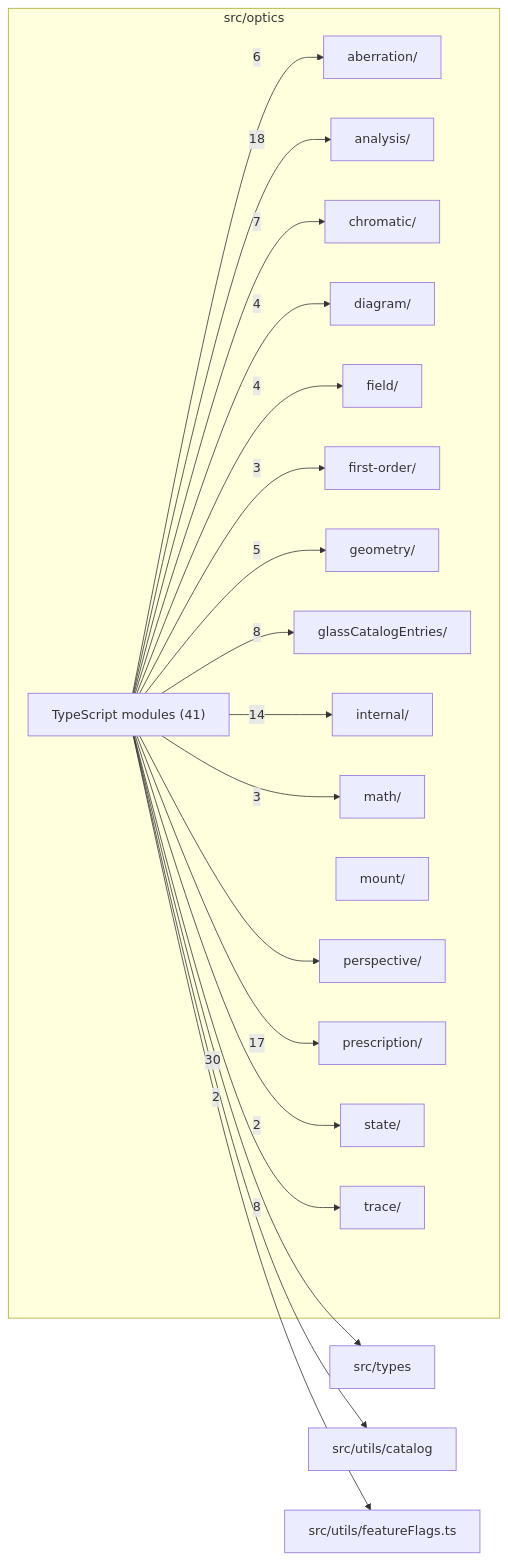
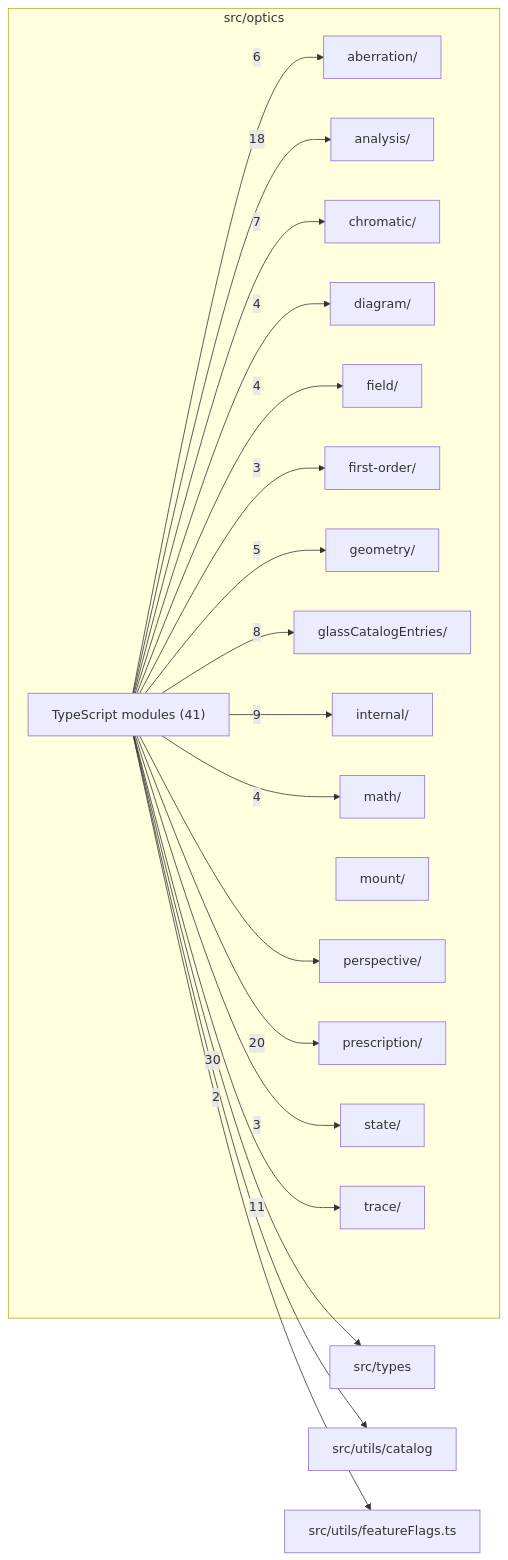
Before and after one commit to BeamFour/LensVisualizer: the diagram in src/optics/readme.md, drawn with Mermaid. The commit also changed other lines of this file and 12 other files, not shown here.

````diff
--- a/src/optics/readme.md
+++ b/src/optics/readme.md
@@ -9,41 +9,41 @@
 ```mermaid
 flowchart LR
   subgraph n_src_optics["src/optics"]
     n_src_optics_src_optics_aberration["aberration/"]
     n_src_optics_src_optics_analysis["analysis/"]
     n_src_optics_src_optics_chromatic["chromatic/"]
     n_src_optics_src_optics_diagram["diagram/"]
     n_src_optics_src_optics_field["field/"]
     n_src_optics_src_optics_first_order["first-order/"]
     n_src_optics_src_optics_geometry["geometry/"]
     n_src_optics_src_optics_glassCatalogEntries["glassCatalogEntries/"]
     n_src_optics_src_optics_internal["internal/"]
     n_src_optics_src_optics_math["math/"]
     n_src_optics_src_optics_mount["mount/"]
     n_src_optics_src_optics_perspective["perspective/"]
     n_src_optics_src_optics_prescription["prescription/"]
     n_src_optics_src_optics_state["state/"]
     n_src_optics_src_optics_trace["trace/"]
     n_src_optics_TypeScript_modules["TypeScript modules (41)"]
   end
   n_external_src_types["src/types"]
   n_external_src_utils_catalog["src/utils/catalog"]
   n_external_src_utils_featureFlags_ts["src/utils/featureFlags.ts"]
   n_src_optics_TypeScript_modules --> |30| n_external_src_types
+  n_src_optics_TypeScript_modules --> |20| n_src_optics_src_optics_prescription
   n_src_optics_TypeScript_modules --> |18| n_src_optics_src_optics_analysis
-  n_src_optics_TypeScript_modules --> |17| n_src_optics_src_optics_prescription
-  n_src_optics_TypeScript_modules --> |14| n_src_optics_src_optics_internal
+  n_src_optics_TypeScript_modules --> |11| n_src_optics_src_optics_trace
+  n_src_optics_TypeScript_modules --> |9| n_src_optics_src_optics_internal
   n_src_optics_TypeScript_modules --> |8| n_src_optics_src_optics_glassCatalogEntries
-  n_src_optics_TypeScript_modules --> |8| n_src_optics_src_optics_trace
   n_src_optics_TypeScript_modules --> |7| n_src_optics_src_optics_chromatic
   n_src_optics_TypeScript_modules --> |6| n_src_optics_src_optics_aberration
   n_src_optics_TypeScript_modules --> |5| n_src_optics_src_optics_geometry
   n_src_optics_TypeScript_modules --> |4| n_src_optics_src_optics_diagram
   n_src_optics_TypeScript_modules --> |4| n_src_optics_src_optics_field
+  n_src_optics_TypeScript_modules --> |4| n_src_optics_src_optics_math
   n_src_optics_TypeScript_modules --> |3| n_src_optics_src_optics_first_order
-  n_src_optics_TypeScript_modules --> |3| n_src_optics_src_optics_math
+  n_src_optics_TypeScript_modules --> |3| n_src_optics_src_optics_state
   n_src_optics_TypeScript_modules --> |2| n_external_src_utils_catalog
-  n_src_optics_TypeScript_modules --> |2| n_src_optics_src_optics_state
   n_src_optics_TypeScript_modules --> n_external_src_utils_featureFlags_ts
   n_src_optics_TypeScript_modules --> n_src_optics_src_optics_perspective
 ```
````
